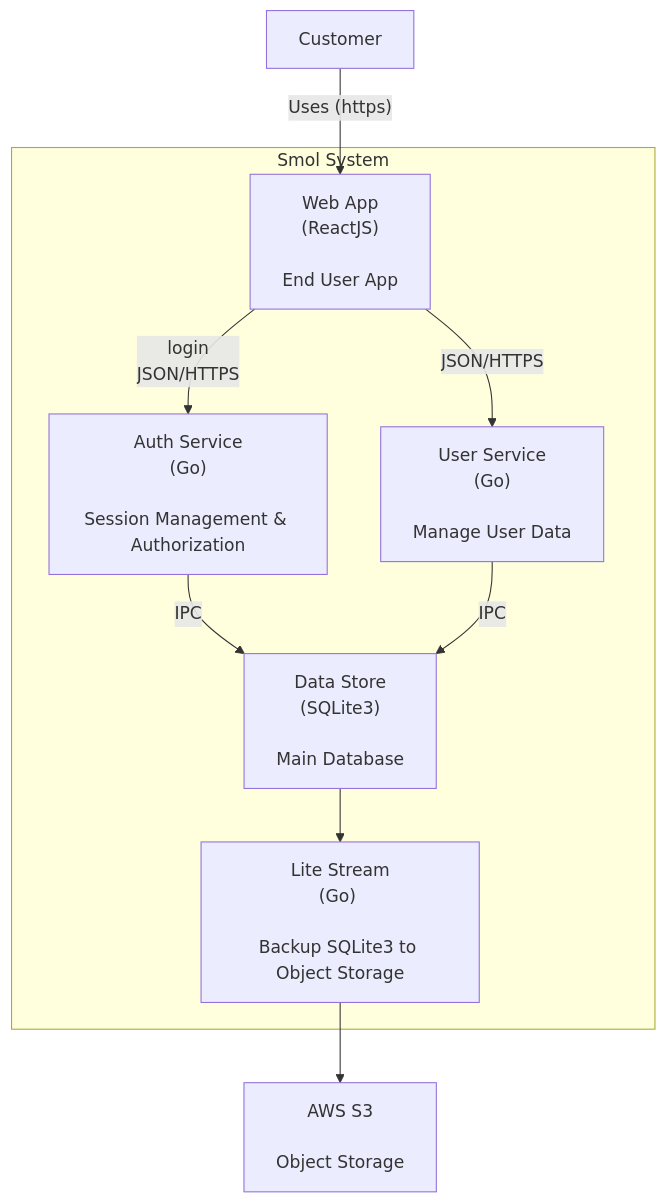
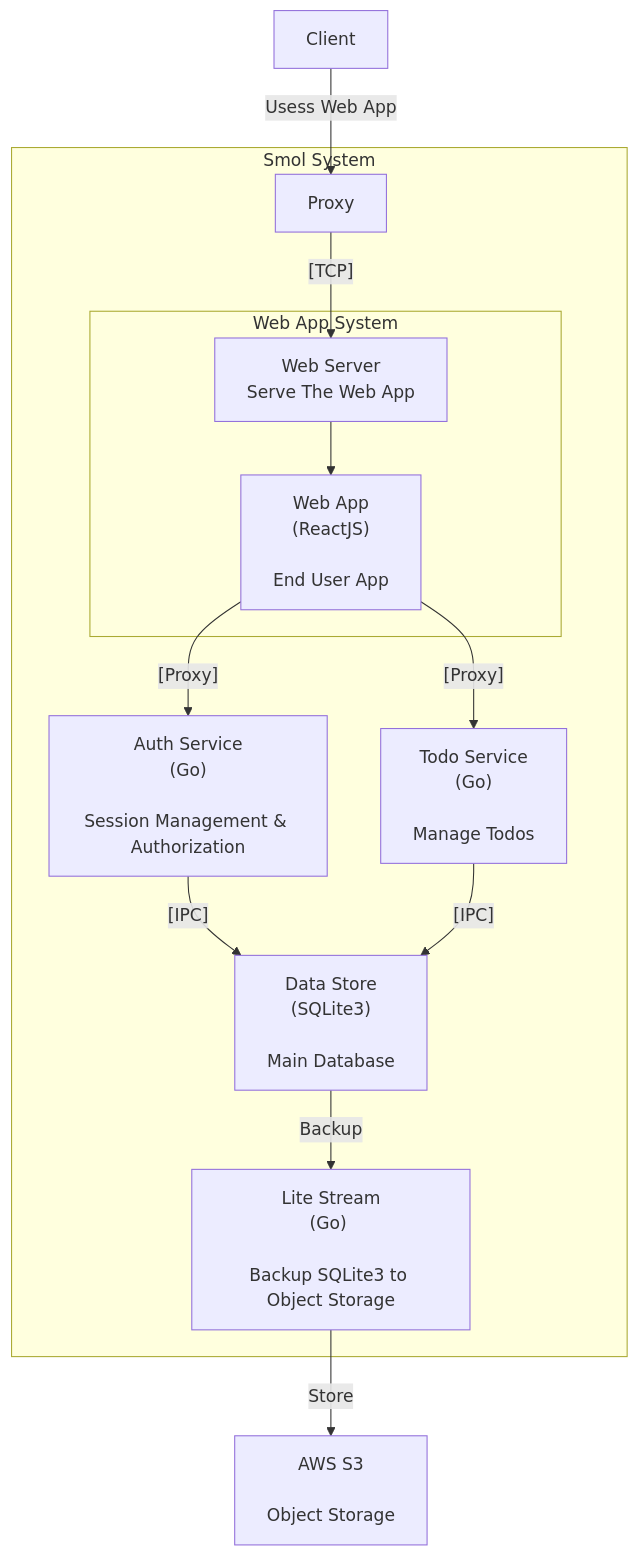
One commit to fahmifan/smol-rest changed the diagram in README.md. Above: the diagram before and after it, drawn with Mermaid. The commit also changed other lines of this file and 1 other file, not shown here.

Commit message:
feature: update doc

````diff
--- a/README.md
+++ b/README.md
@@ -6,15 +21,29 @@
 ```mermaid
 graph TB
-    Customer--"Uses (https)"-->WebApp("Web App")
+    Client--"Usess Web App"-->Proxy
     subgraph "Smol System"
-        WebApp["Web App<br>(ReactJS)<br><br>End User App"]
+        Proxy["Proxy"]
+        DataStore["Data Store<br> (SQLite3) <br><br> Main Database"]
         AuthService["Auth Service<br>(Go)<br><br>Session Management & Authorization"]
-        DataStore["Data Store<br> (SQLite3) <br><br> Main Database"]
-        UserService["User Service<br>(Go) <br><br>Manage User Data"]
+        TodoService["Todo Service<br>(Go) <br><br>Manage Todos"]
         LiteStream["Lite Stream<br>(Go) <br><br>Backup SQLite3 to Object Storage"]
         
-        WebApp -- "login<br>JSON/HTTPS" --> AuthService -- "IPC" --> DataStore
-        WebApp-- "JSON/HTTPS" --> UserService -- "IPC" --> DataStore --> LiteStream
+        subgraph "Web App System"
+            WebApp["Web App<br>(ReactJS)<br><br>End User App"]
+            WebServer["Web Server<br> Serve The Web App"]
+            
+            WebServer-->WebApp
+        end
+        
+        
+        Proxy -- "[TCP]" --> WebServer
+        
+        WebApp -- "[Proxy]" --> TodoService 
+        WebApp -- "[Proxy]" --> AuthService 
+        
+        AuthService -- "[IPC]" --> DataStore
+        TodoService -- "[IPC]" --> DataStore -- Backup --> LiteStream
     end
-    LiteStream-->AWSS3["AWS S3 <br><br>Object Storage"]
+    AWSS3["AWS S3 <br><br>Object Storage"]
+    LiteStream -- Store --> AWSS3
 ```
````
